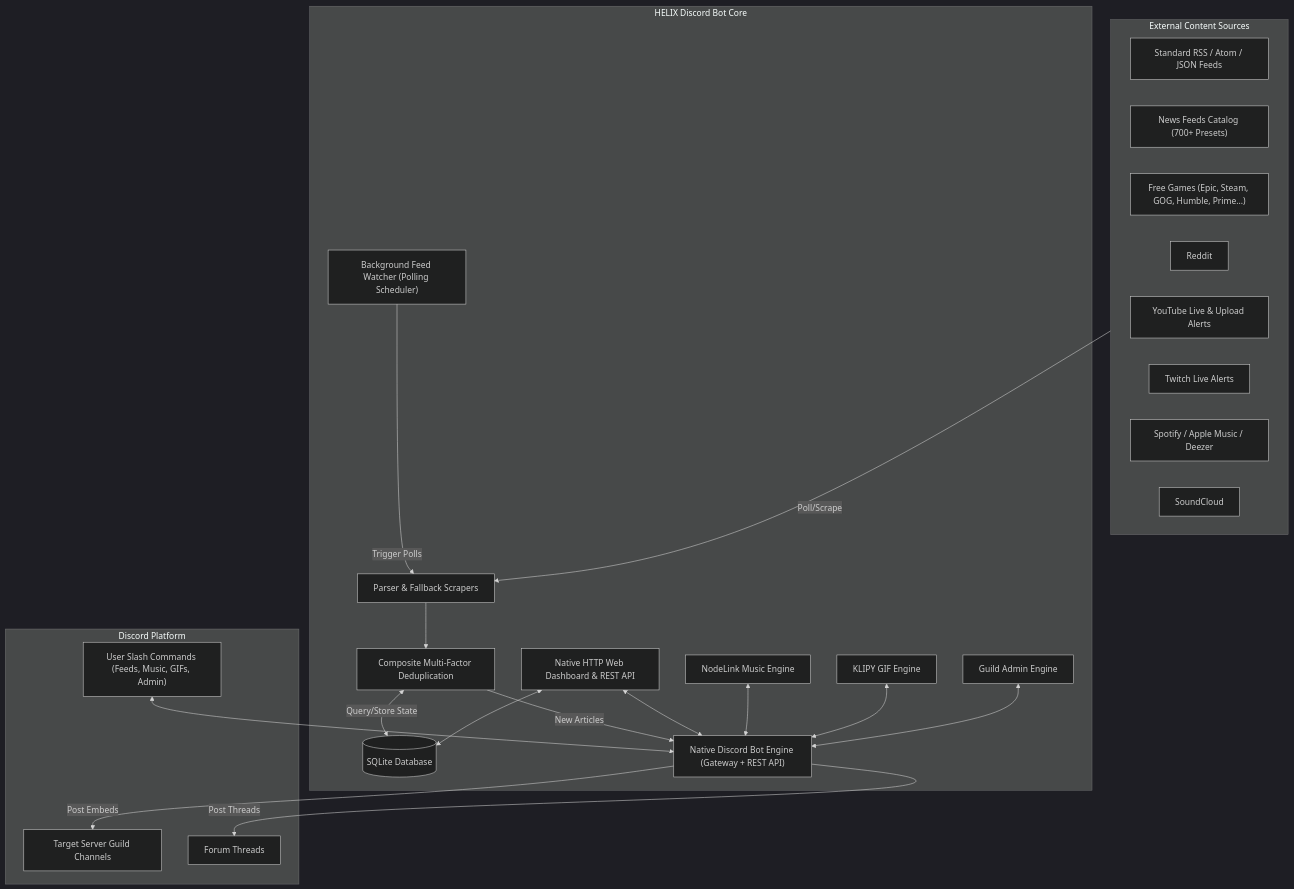
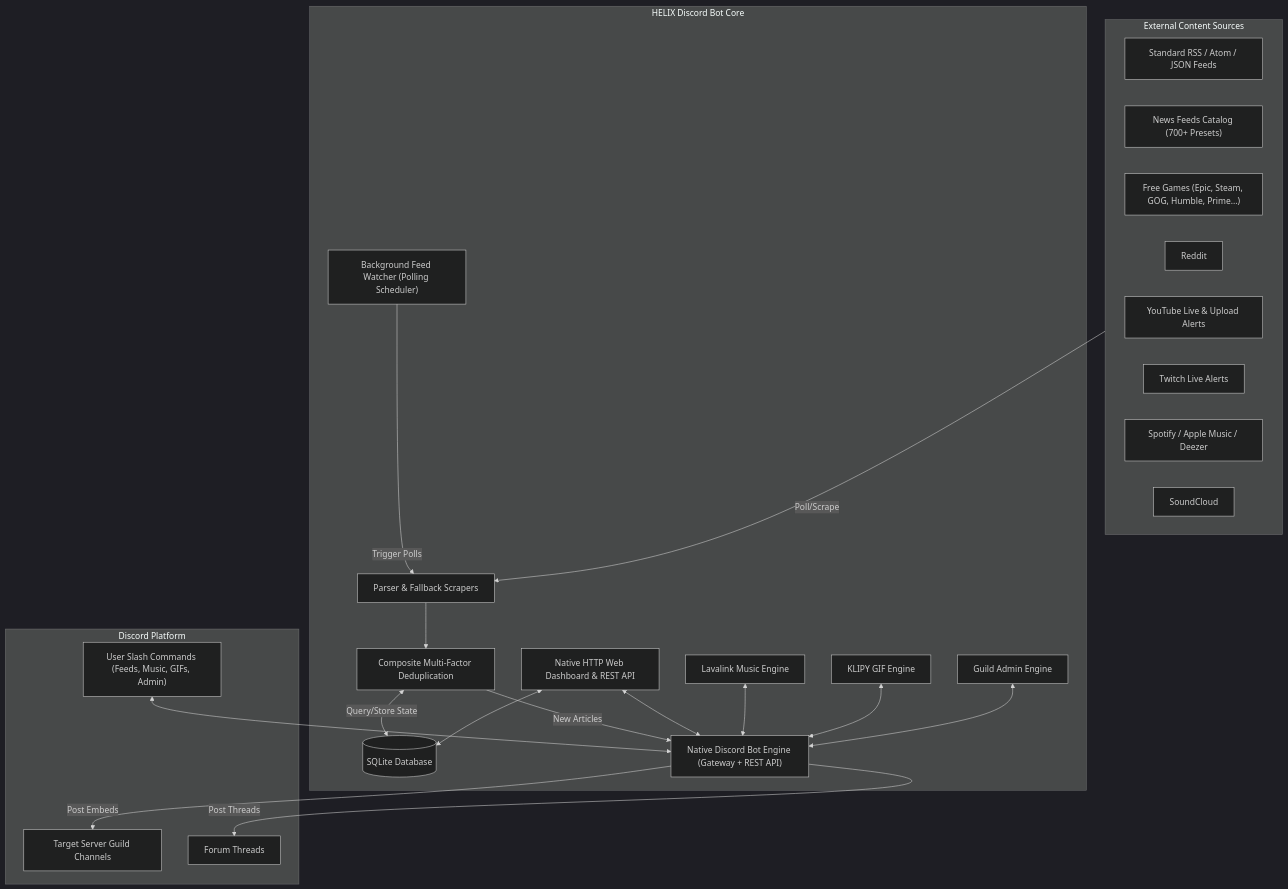
The diagram in wiki/HOME.md (HELIX-Origin/HELIX-Discord-Bot), drawn with Mermaid (dark theme) before and after one commit. The commit also changed other lines of this file and 17 other files, not shown here.

````diff
--- a/wiki/HOME.md
+++ b/wiki/HOME.md
@@ -27,45 +27,45 @@
 ```mermaid
 flowchart TD
     subgraph Sources["External Content Sources"]
         RSS["Standard RSS / Atom / JSON Feeds"]
         News["News Feeds Catalog (700+ Presets)"]
         Games["Free Games (Epic, Steam, GOG, Humble, Prime...)"]
         Social["Reddit"]
         YouTube["YouTube Live & Upload Alerts"]
         Twitch["Twitch Live Alerts"]
         Spotify["Spotify / Apple Music / Deezer"]
         SoundCloud["SoundCloud"]
     end
 
     subgraph CoreEngine["HELIX Discord Bot Core"]
         Watcher["Background Feed Watcher (Polling Scheduler)"]
         Parser["Parser & Fallback Scrapers"]
         Dedup["Composite Multi-Factor Deduplication"]
         DB[(SQLite Database)]
         Bot["Native Discord Bot Engine (Gateway + REST API)"]
         Web["Native HTTP Web Dashboard & REST API"]
-        NodeLink["NodeLink Music Engine"]
+        Lavalink["Lavalink Music Engine"]
         GIF["KLIPY GIF Engine"]
         Admin["Guild Admin Engine"]
     end
 
     subgraph Discord["Discord Platform"]
         Channels["Target Server Guild Channels"]
         Threads["Forum Threads"]
         SlashCmd["User Slash Commands (Feeds, Music, GIFs, Admin)"]
     end
 
     Sources -->|Poll/Scrape| Parser
     Watcher -->|Trigger Polls| Parser
     Parser --> Dedup
     Dedup <-->|Query/Store State| DB
     Dedup -->|New Articles| Bot
     Bot -->|Post Embeds| Channels
     Bot -->|Post Threads| Threads
     SlashCmd <--> Bot
     Web <--> DB
     Web <--> Bot
-    NodeLink <--> Bot
+    Lavalink <--> Bot
     GIF <--> Bot
     Admin <--> Bot
 ```
````
